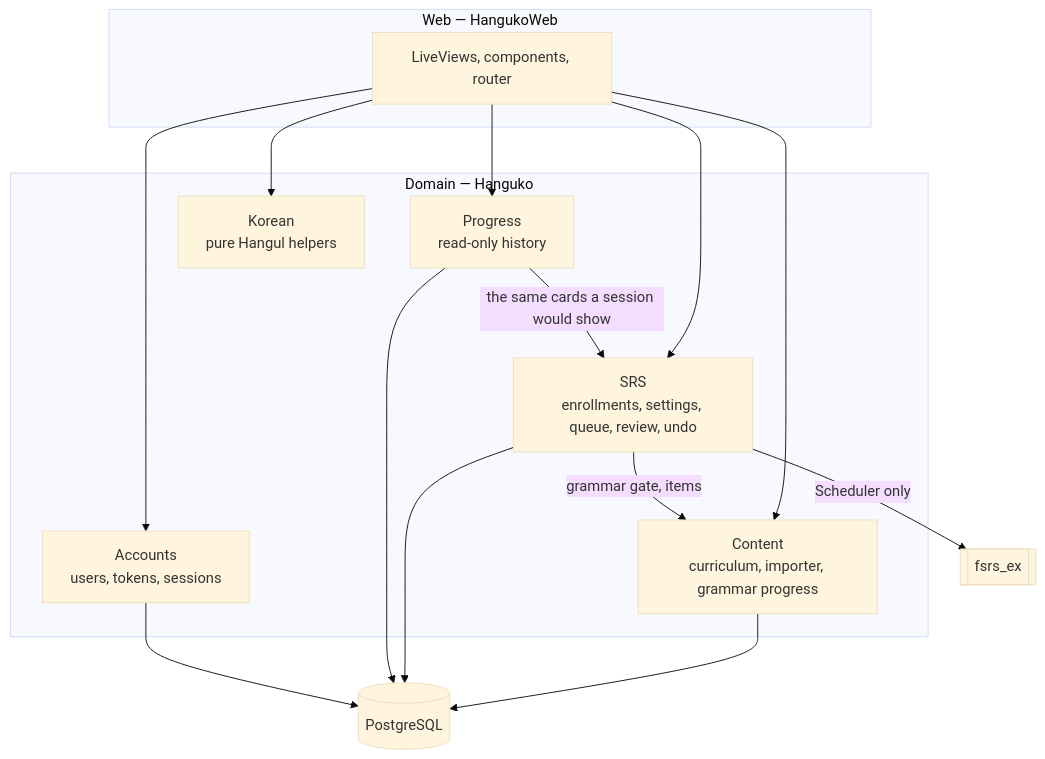
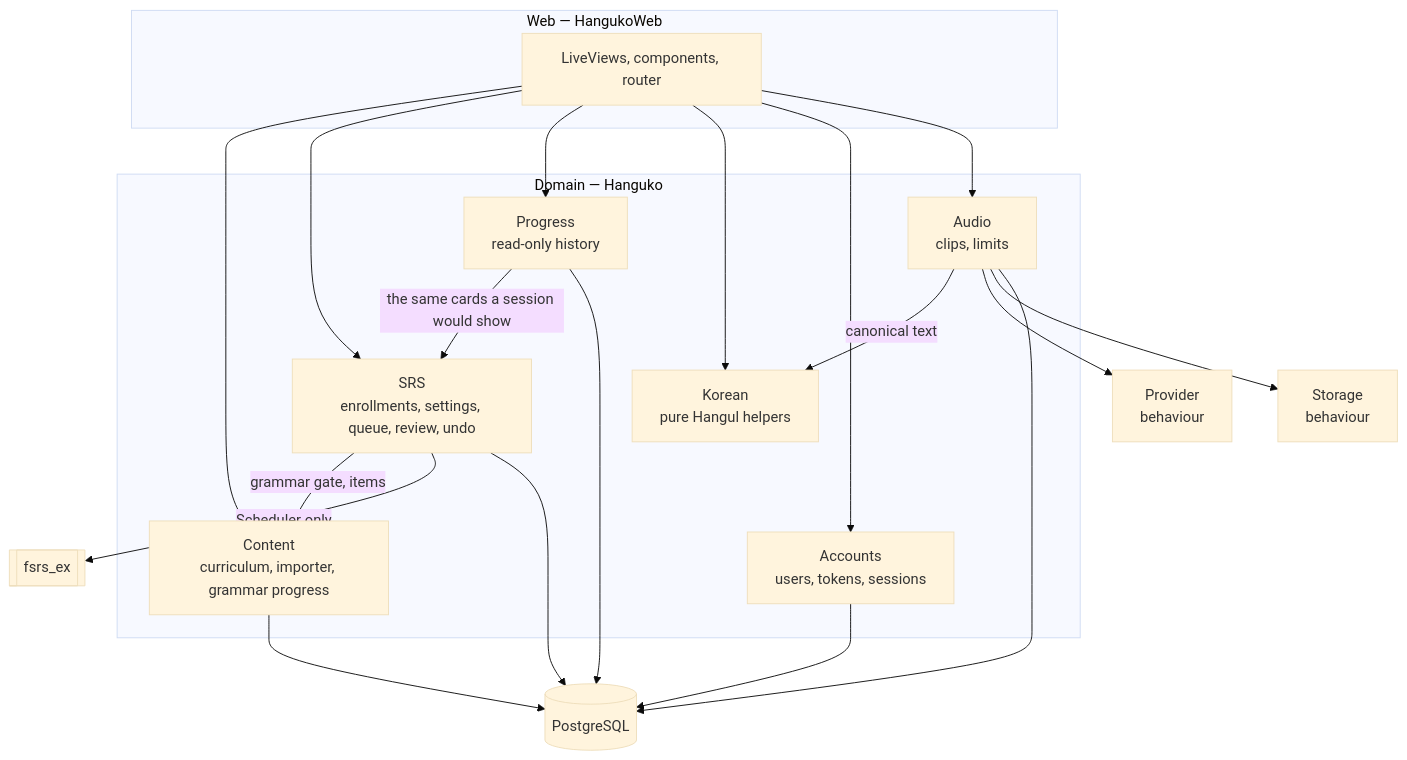
One commit to dylangleason/hanguko changed the third of 4 diagrams in guides/architecture.md. Above: the diagram before and after it, drawn with Mermaid (base theme). The commit also changed other lines of this file and 4 other files, not shown here.

````diff
--- a/guides/architecture.md
+++ b/guides/architecture.md
@@ -91,30 +109,38 @@
 ```mermaid
 flowchart TB
   subgraph webl["Web — HangukoWeb"]
     lv[LiveViews, components, router]
   end
 
   subgraph domain["Domain — Hanguko"]
     content["Content<br/>curriculum, importer, grammar progress"]
     srs["SRS<br/>enrollments, settings, queue, review, undo"]
     progress["Progress<br/>read-only history"]
     korean["Korean<br/>pure Hangul helpers"]
     accounts["Accounts<br/>users, tokens, sessions"]
+    audio["Audio<br/>clips, limits"]
   end
 
+  provider["Provider<br/>behaviour"]
+  storage["Storage<br/>behaviour"]
   fsrs[["fsrs_ex"]]
   db[("PostgreSQL")]
 
   lv --> content
   lv --> srs
   lv --> progress
   lv --> korean
   lv --> accounts
+  lv --> audio
   srs -->|"grammar gate, items"| content
   progress -->|"the same cards a session would show"| srs
   srs -->|"Scheduler only"| fsrs
+  audio -->|"canonical text"| korean
+  audio --> provider
+  audio --> storage
   content --> db
   srs --> db
   progress --> db
   accounts --> db
+  audio --> db
 ```
````
